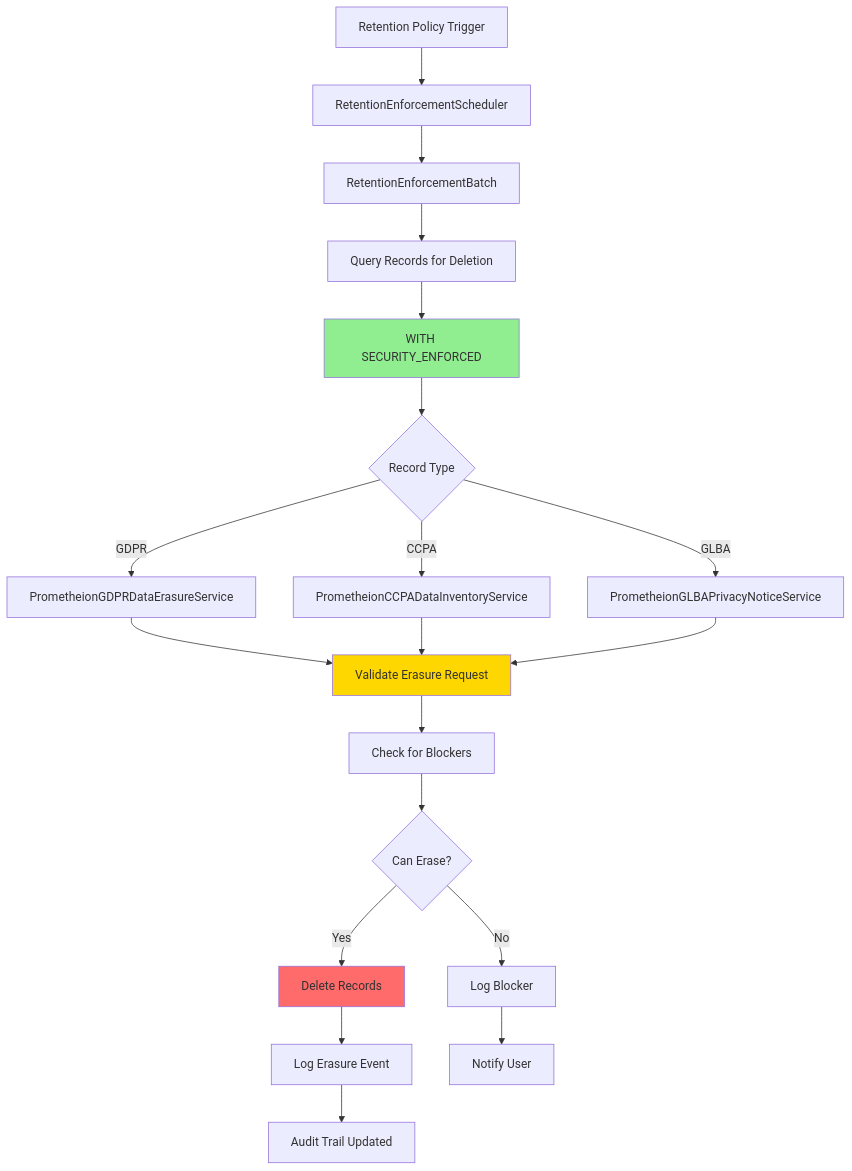
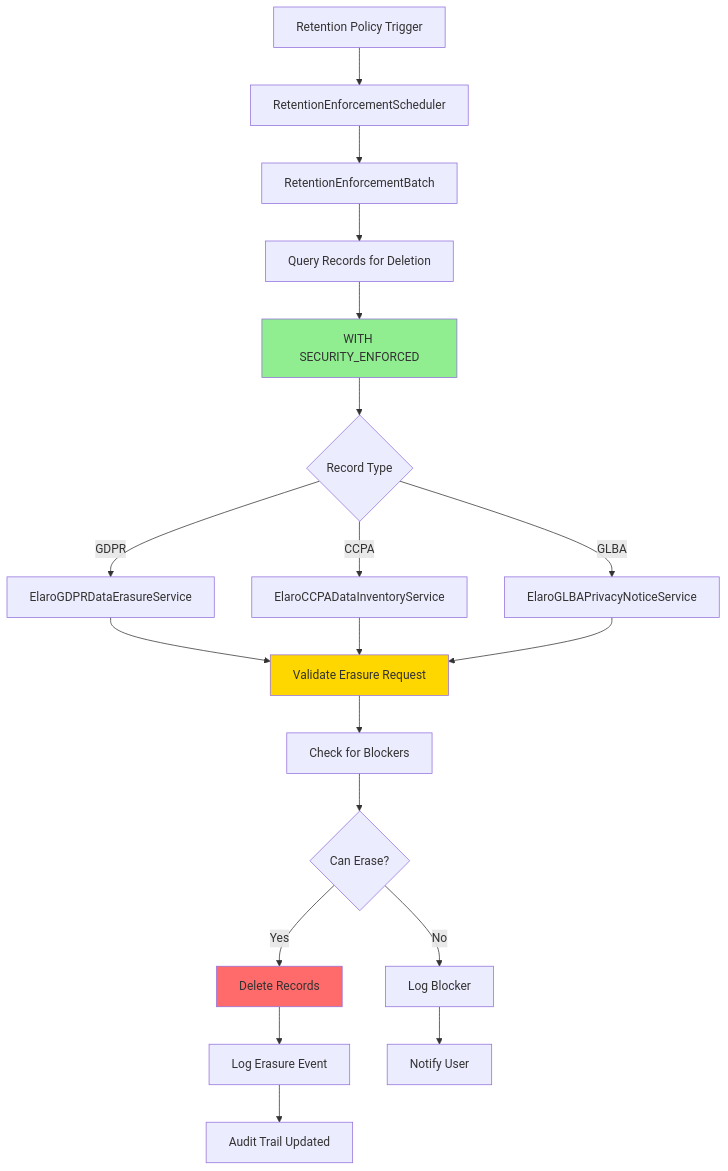
One commit to derickporter1993/Solentra---Prometheion changed the fifth of 6 diagrams in docs/DATA_FLOWS.md. Above: the diagram before and after it, drawn with Mermaid. The commit also changed other lines of this file and 973 other files, not shown here.

First line of the commit message:
refactor: Rename Prometheion to Elaro across entire codebase

````diff
--- a/docs/DATA_FLOWS.md
+++ b/docs/DATA_FLOWS.md
@@ -164,28 +164,28 @@
 ```mermaid
 graph TD
     A[Retention Policy Trigger] --> B[RetentionEnforcementScheduler]
     B --> C[RetentionEnforcementBatch]
     C --> D[Query Records for Deletion]
     D --> E[WITH SECURITY_ENFORCED]
     E --> F{Record Type}
-    F -->|GDPR| G[PrometheionGDPRDataErasureService]
-    F -->|CCPA| H[PrometheionCCPADataInventoryService]
-    F -->|GLBA| I[PrometheionGLBAPrivacyNoticeService]
+    F -->|GDPR| G[ElaroGDPRDataErasureService]
+    F -->|CCPA| H[ElaroCCPADataInventoryService]
+    F -->|GLBA| I[ElaroGLBAPrivacyNoticeService]
 
     G --> J[Validate Erasure Request]
     H --> J
     I --> J
 
     J --> K[Check for Blockers]
     K --> L{Can Erase?}
     L -->|Yes| M[Delete Records]
     L -->|No| N[Log Blocker]
 
     M --> O[Log Erasure Event]
     N --> P[Notify User]
     O --> Q[Audit Trail Updated]
 
     style E fill:#90EE90
     style J fill:#FFD700
     style M fill:#FF6B6B
 ```
````
